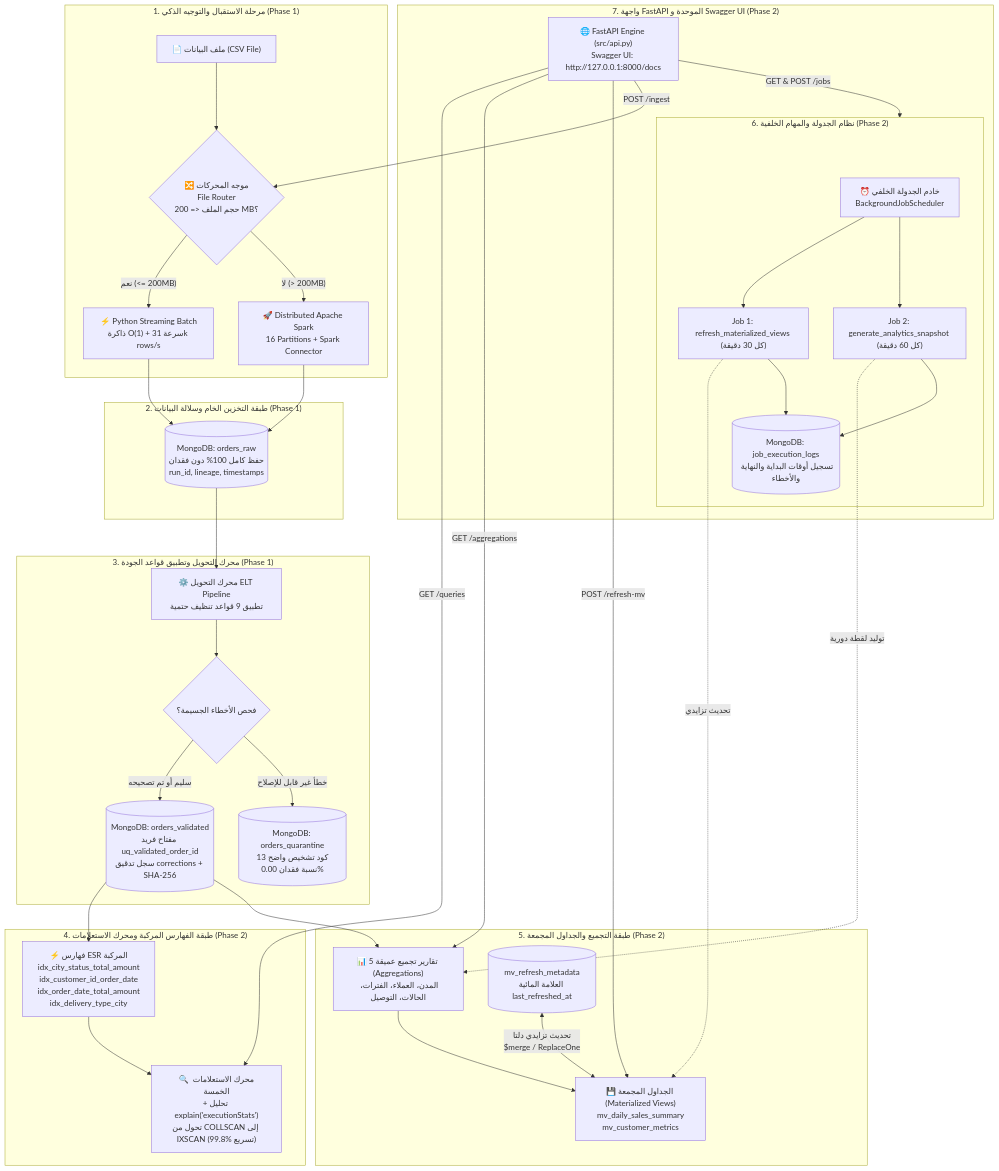
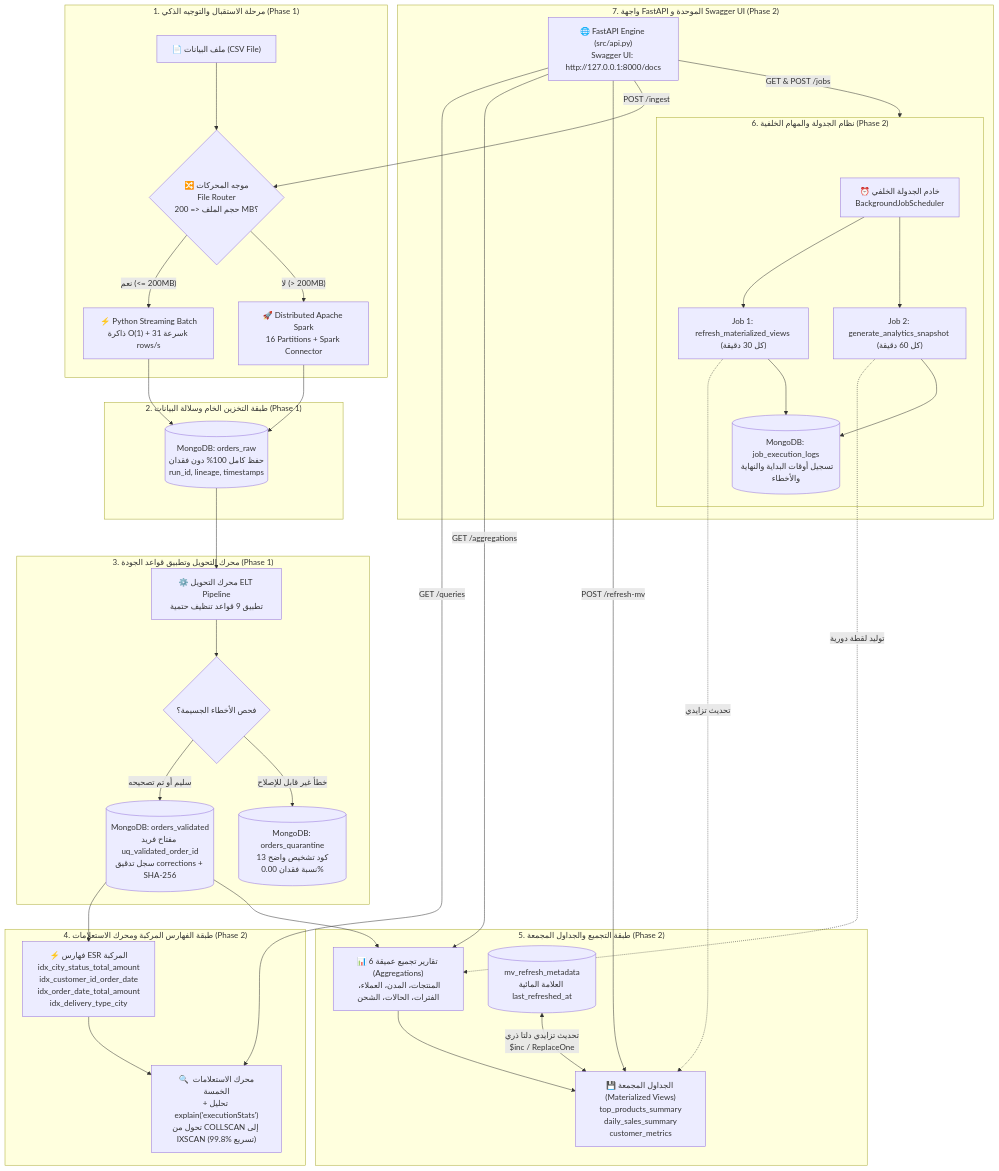
Before and after one commit to mohammed-m-alhaj/midterm-data-pipeline: the first of 4 diagrams in README.md, drawn with Mermaid. The commit also changed other lines of this file and 1 other file, not shown here.

Commit message:
docs: standardize env vars, 6 aggregations, and top_products_summary in README and architecture analysis

````diff
--- a/README.md
+++ b/README.md
@@ -67,50 +67,50 @@
 ```mermaid
 flowchart TD
     subgraph INGESTION [" 1. مرحلة الاستقبال والتوجيه الذكي (Phase 1) "]
         FILE["📄 ملف البيانات (CSV File)"] --> ROUTER{"🔀 موجه المحركات<br/>File Router<br/>حجم الملف <= 200 MB؟"}
         ROUTER -- "نعم (<= 200MB)" --> PY_BATCH["⚡ Python Streaming Batch<br/>ذاكرة O(1) + سرعة 31k rows/s"]
         ROUTER -- "لا (> 200MB)" --> SPARK_LOAD["🚀 Distributed Apache Spark<br/>16 Partitions + Spark Connector"]
     end
 
     subgraph RAW_LAYER [" 2. طبقة التخزين الخام وسلالة البيانات (Phase 1) "]
         PY_BATCH --> RAW_DB[("MongoDB: orders_raw<br/>حفظ كامل 100% دون فقدان<br/>run_id, lineage, timestamps")]
         SPARK_LOAD --> RAW_DB
     end
 
     subgraph ELT_CLEANING [" 3. محرك التحويل وتطبيق قواعد الجودة (Phase 1) "]
         RAW_DB --> ELT["⚙️ محرك التحويل ELT Pipeline<br/>تطبيق 9 قواعد تنظيف حتمية"]
         ELT --> DECISION{"فحص الأخطاء الجسيمة؟"}
         DECISION -- "سليم أو تم تصحيحه" --> VAL_DB[("MongoDB: orders_validated<br/>مفتاح فريد uq_validated_order_id<br/>سجل تدقيق corrections + SHA-256")]
         DECISION -- "خطأ غير قابل للإصلاح" --> QUAR_DB[("MongoDB: orders_quarantine<br/>13 كود تشخيص واضح<br/>نسبة فقدان 0.00%")]
     end
 
     subgraph PHASE2_INDEXING [" 4. طبقة الفهارس المركبة ومحرك الاستعلامات (Phase 2) "]
         VAL_DB --> IDX["⚡ فهارس ESR المركبة<br/>idx_city_status_total_amount<br/>idx_customer_id_order_date<br/>idx_order_date_total_amount<br/>idx_delivery_type_city"]
         IDX --> QUERIES["🔍 محرك الاستعلامات الخمسة<br/>+ تحليل explain('executionStats')<br/>تحول من COLLSCAN إلى IXSCAN (99.8% تسريع)"]
     end
 
     subgraph PHASE2_ANALYTICS [" 5. طبقة التجميع والجداول المجمعة (Phase 2) "]
-        VAL_DB --> AGG["📊 5 تقارير تجميع عميقة (Aggregations)<br/>المدن، العملاء، الفترات، الحالات، التوصيل"]
-        AGG --> MV["💾 الجداول المجمعة (Materialized Views)<br/>mv_daily_sales_summary<br/>mv_customer_metrics"]
-        WATERMARK[("mv_refresh_metadata<br/>العلامة المائية last_refreshed_at")] <-->|"تحديث تزايدي دلتا<br/>$merge / ReplaceOne"| MV
+        VAL_DB --> AGG["📊 6 تقارير تجميع عميقة (Aggregations)<br/>المنتجات، المدن، العملاء، الفترات، الحالات، الشحن"]
+        AGG --> MV["💾 الجداول المجمعة (Materialized Views)<br/>top_products_summary<br/>daily_sales_summary<br/>customer_metrics"]
+        WATERMARK[("mv_refresh_metadata<br/>العلامة المائية last_refreshed_at")] <-->|"تحديث تزايدي دلتا ذري<br/>$inc / ReplaceOne"| MV
     end
 
     subgraph PHASE2_JOBS [" 6. نظام الجدولة والمهام الخلفية (Phase 2) "]
         SCHED["⏰ خادم الجدولة الخلفي<br/>BackgroundJobScheduler"]
         J1["Job 1: refresh_materialized_views (كل 30 دقيقة)"]
         J2["Job 2: generate_analytics_snapshot (كل 60 دقيقة)"]
         SCHED --> J1 & J2
         J1 -.->|"تحديث تزايدي"| MV
         J2 -.->|"توليد لقطة دورية"| AGG
         J1 & J2 --> JLOG[("MongoDB: job_execution_logs<br/>تسجيل أوقات البداية والنهاية والأخطاء")]
     end
 
     subgraph PHASE2_SERVING [" 7. واجهة FastAPI الموحدة و Swagger UI (Phase 2) "]
         API["🌐 FastAPI Engine (src/api.py)<br/>Swagger UI: http://127.0.0.1:8000/docs"]
         API -->|"GET /queries"| QUERIES
         API -->|"GET /aggregations"| AGG
         API -->|"POST /refresh-mv"| MV
         API -->|"GET & POST /jobs"| PHASE2_JOBS
         API -->|"POST /ingest"| ROUTER
     end
 ```
````
